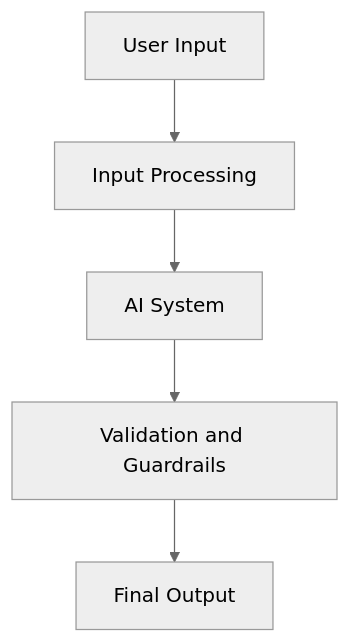
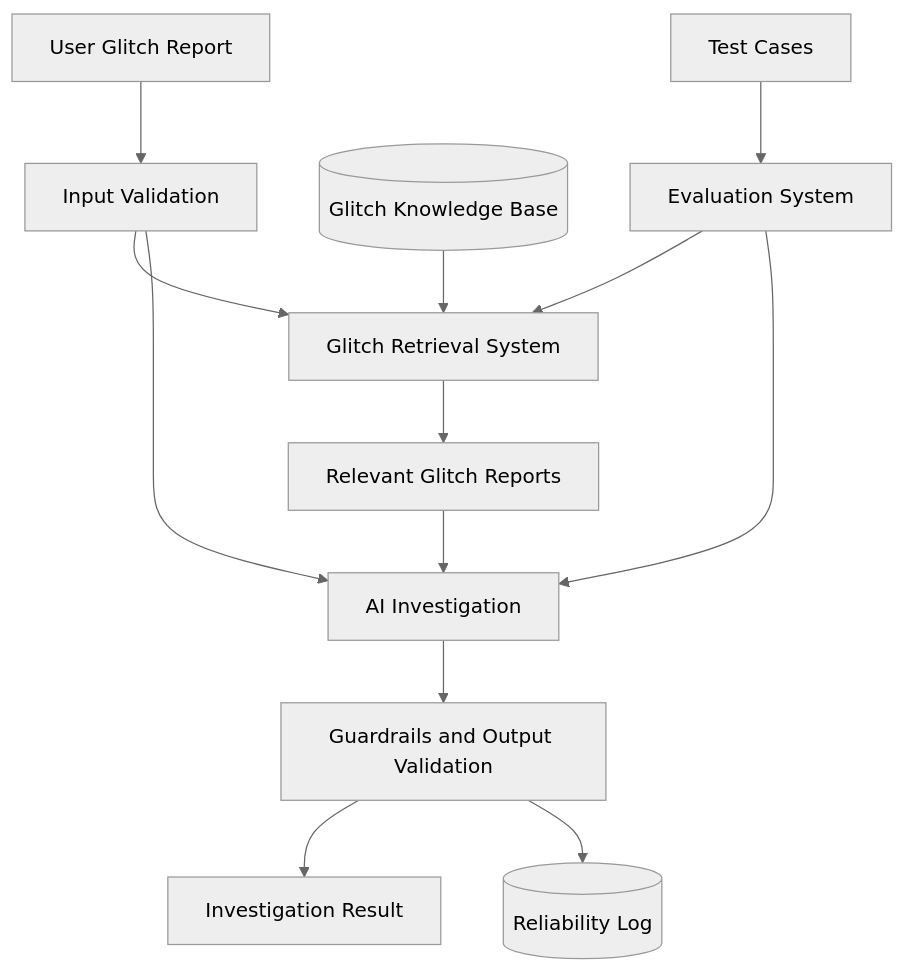
One commit to omgannon11/applied-ai-system-project changed the diagram in diagrams/architecture.mmd. Above: the diagram before and after it, drawn with Mermaid (neutral theme). The commit also changed 6 other files, not shown here.

Commit message:
Add RAG and reliability system structure

```diff
--- a/diagrams/architecture.mmd
+++ b/diagrams/architecture.mmd
@@ -1,5 +1,16 @@
 flowchart TD
-    A[User Input] --> B[Input Processing]
-    B --> C[AI System]
-    C --> D[Validation and Guardrails]
-    D --> E[Final Output]
+    user[User Glitch Report] --> validation[Input Validation]
+    validation --> retrieval[Glitch Retrieval System]
+
+    knowledge[(Glitch Knowledge Base)] --> retrieval
+    retrieval --> reports[Relevant Glitch Reports]
+    reports --> investigation[AI Investigation]
+    validation --> investigation
+
+    investigation --> guardrails[Guardrails and Output Validation]
+    guardrails --> result[Investigation Result]
+    guardrails --> log[(Reliability Log)]
+
+    cases[Test Cases] --> evaluation[Evaluation System]
+    evaluation --> retrieval
+    evaluation --> investigation
```
